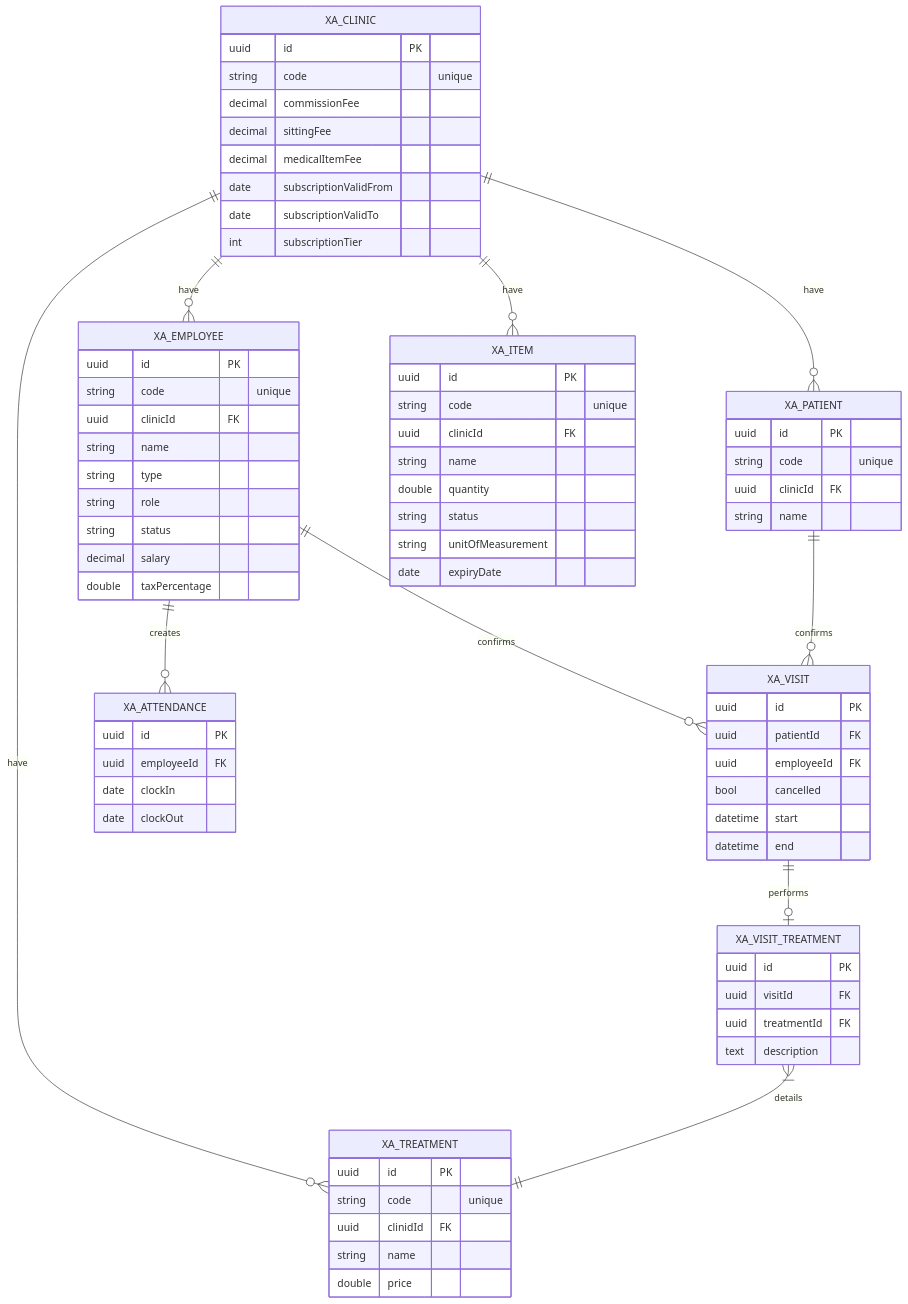
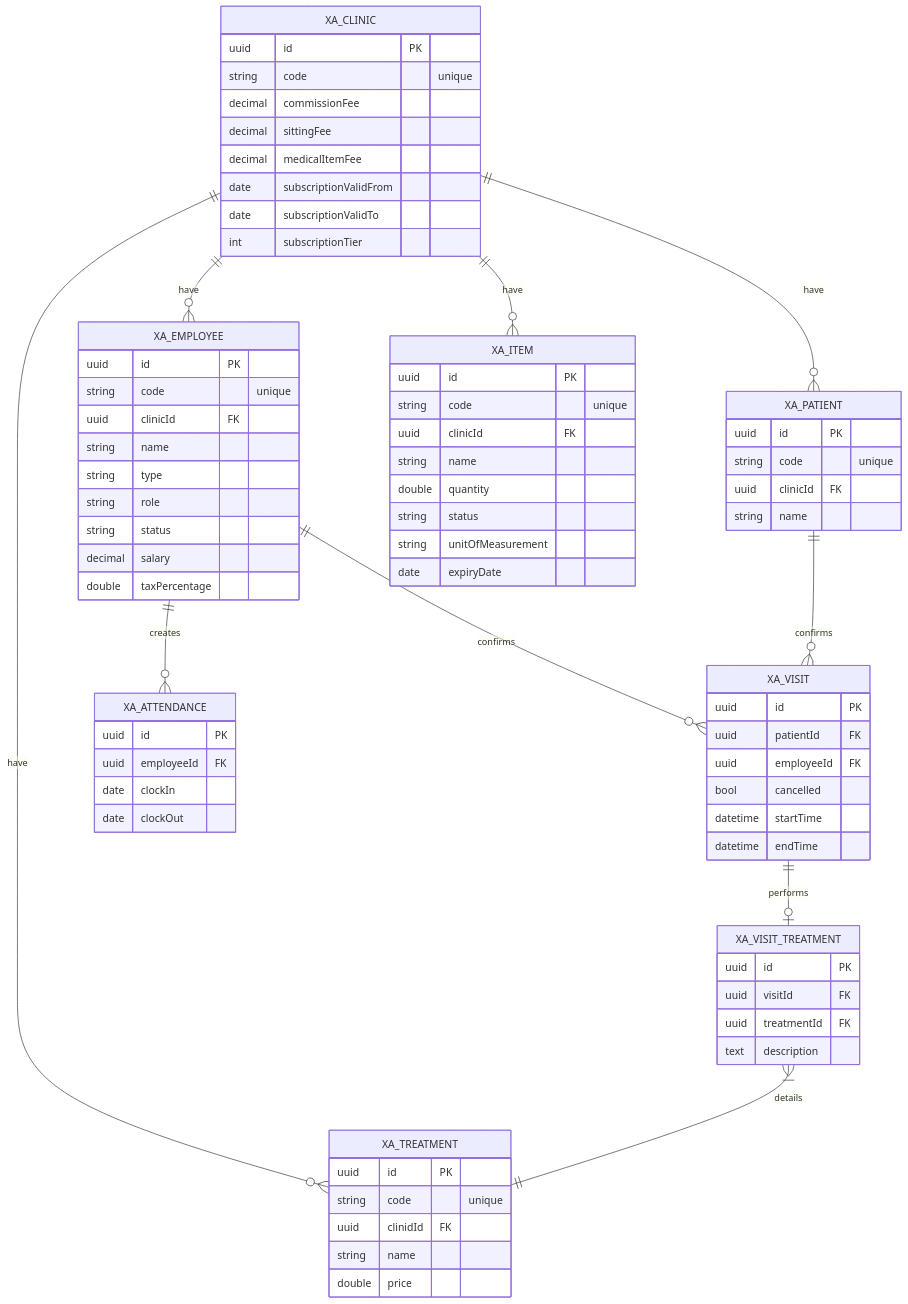
The diagram in docs/erd.md (acemint/x-admin-backend), drawn with Mermaid before and after one commit. The commit also changed 1 other file, not shown here.

Commit message:
fix: rename column start and end in Visit entity

````diff
--- a/docs/erd.md
+++ b/docs/erd.md
@@ -1,77 +1,77 @@
 ```mermaid
 erDiagram
     XA_CLINIC ||--o{ XA_EMPLOYEE : have
     XA_CLINIC ||--o{ XA_PATIENT : have
     XA_CLINIC ||--o{ XA_TREATMENT : have
     XA_CLINIC ||--o{ XA_ITEM : have
     XA_EMPLOYEE ||--o{ XA_VISIT : confirms
     XA_EMPLOYEE ||--o{ XA_ATTENDANCE : creates
     XA_PATIENT ||--o{ XA_VISIT : confirms
     XA_VISIT ||--o| XA_VISIT_TREATMENT : performs
     XA_VISIT_TREATMENT }|--|| XA_TREATMENT : details
     
     XA_CLINIC { 
         uuid id PK
         string code "unique" 
         decimal commissionFee 
         decimal sittingFee
         decimal medicalItemFee
         date subscriptionValidFrom
         date subscriptionValidTo
         int subscriptionTier
     }
     XA_EMPLOYEE {
         uuid id PK
         string code "unique"
         uuid clinicId FK
         string name
         string type
         string role
         string status
         decimal salary
         double taxPercentage
     }
     XA_PATIENT {
         uuid id PK
         string code "unique"
         uuid clinicId FK
         string name   
     }
     XA_VISIT {
         uuid id PK
         uuid patientId FK
         uuid employeeId FK
         bool cancelled
-        datetime start
-        datetime end 
+        datetime startTime
+        datetime endTime 
     }
     XA_ATTENDANCE {
         uuid id PK
         uuid employeeId FK
         date clockIn
         date clockOut
     }
     XA_TREATMENT {
         uuid id PK
         string code "unique"
         uuid clinidId FK
         string name 
         double price
     }
     XA_ITEM {
         uuid id PK 
         string code "unique"
         uuid clinicId FK
         string name
         double quantity
         string status
         string unitOfMeasurement
         date expiryDate
     }
     XA_VISIT_TREATMENT {
         uuid id PK
         uuid visitId FK
         uuid treatmentId FK
         text description
     }
 ```
````
